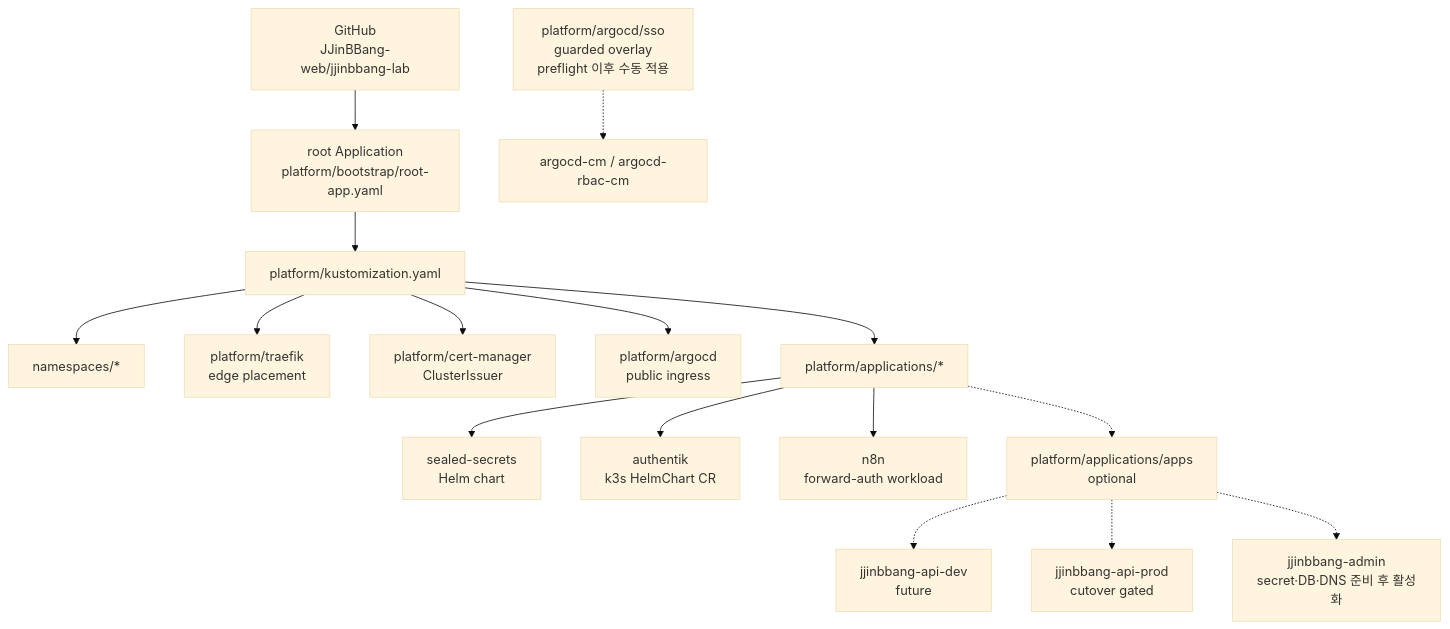
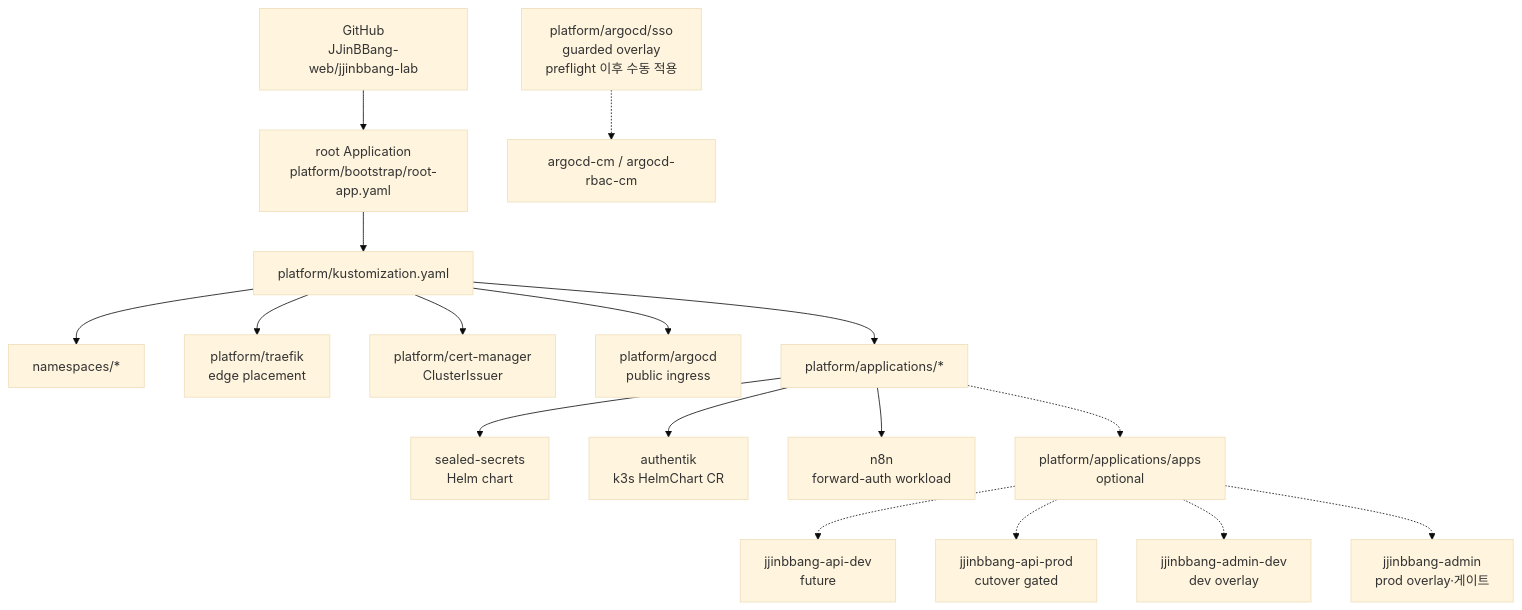
Before and after one commit to JJinBBang-web/jjinbbang-lab: the second of 3 diagrams in README.md, drawn with Mermaid (base theme). The commit also changed other lines of this file and 5 other files, not shown here.

Commit message:
📝 Docs[#3]: 관리자 dev/prod Secret 및 SSO 운영 절차 문서화

````diff
--- a/README.md
+++ b/README.md
@@ -72,22 +73,23 @@
 ```mermaid
 flowchart TB
   Git["GitHub<br/>JJinBBang-web/jjinbbang-lab"] --> Root["root Application<br/>platform/bootstrap/root-app.yaml"]
   Root --> Platform["platform/kustomization.yaml"]
 
   Platform --> NS["namespaces/*"]
   Platform --> Traefik["platform/traefik<br/>edge placement"]
   Platform --> Issuer["platform/cert-manager<br/>ClusterIssuer"]
   Platform --> ArgoIngress["platform/argocd<br/>public ingress"]
   Platform --> Apps["platform/applications/*"]
 
   Apps --> Sealed["sealed-secrets<br/>Helm chart"]
   Apps --> Authentik["authentik<br/>k3s HelmChart CR"]
   Apps --> N8N["n8n<br/>forward-auth workload"]
 
   Apps -.-> AppApps["platform/applications/apps<br/>optional"]
   AppApps -.-> ApiDev["jjinbbang-api-dev<br/>future"]
   AppApps -.-> ApiProd["jjinbbang-api-prod<br/>cutover gated"]
-  AppApps -.-> Admin["jjinbbang-admin<br/>secret·DB·DNS 준비 후 활성화"]
+  AppApps -.-> AdminDev["jjinbbang-admin-dev<br/>dev overlay"]
+  AppApps -.-> AdminProd["jjinbbang-admin<br/>prod overlay·게이트"]
 
   SSO["platform/argocd/sso<br/>guarded overlay<br/>preflight 이후 수동 적용"] -.-> ArgoSSO["argocd-cm / argocd-rbac-cm"]
 ```
````
